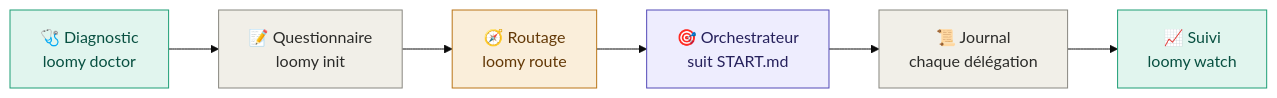
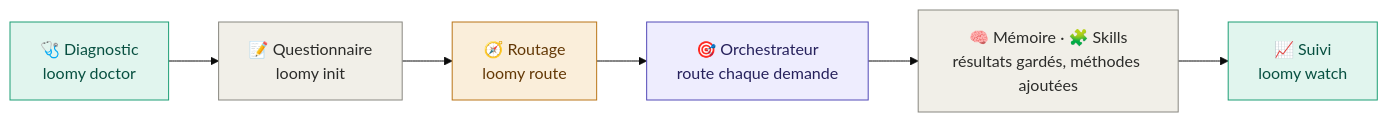
The first of 2 diagrams in README.fr.md (Eydenn/loomy), drawn with Mermaid (base theme) before and after one commit. The commit also changed other lines of this file and 8 other files, not shown here.

````diff
--- a/README.fr.md
+++ b/README.fr.md
@@ -152,12 +164,12 @@
 ```mermaid
 flowchart LR
   A["🩺 Diagnostic<br/>loomy doctor"]:::check --> B["📝 Questionnaire<br/>loomy init"]:::step
   B --> C["🧭 Routage<br/>loomy route"]:::route
-  C --> D["🎯 Orchestrateur<br/>suit START.md"]:::lead
-  D --> E["📜 Journal<br/>chaque délégation"]:::step
+  C --> D["🎯 Orchestrateur<br/>route chaque demande"]:::lead
+  D --> E["🧠 Mémoire · 🧩 Skills<br/>résultats gardés, méthodes ajoutées"]:::step
   E --> F["📈 Suivi<br/>loomy watch"]:::check
   classDef step fill:#F1EFE8,stroke:#888780,color:#2C2C2A
   classDef check fill:#E1F5EE,stroke:#1D9E75,color:#085041
   classDef route fill:#FAEEDA,stroke:#BA7517,color:#633806
   classDef lead fill:#EEEDFE,stroke:#534AB7,color:#26215C
 ```
````
